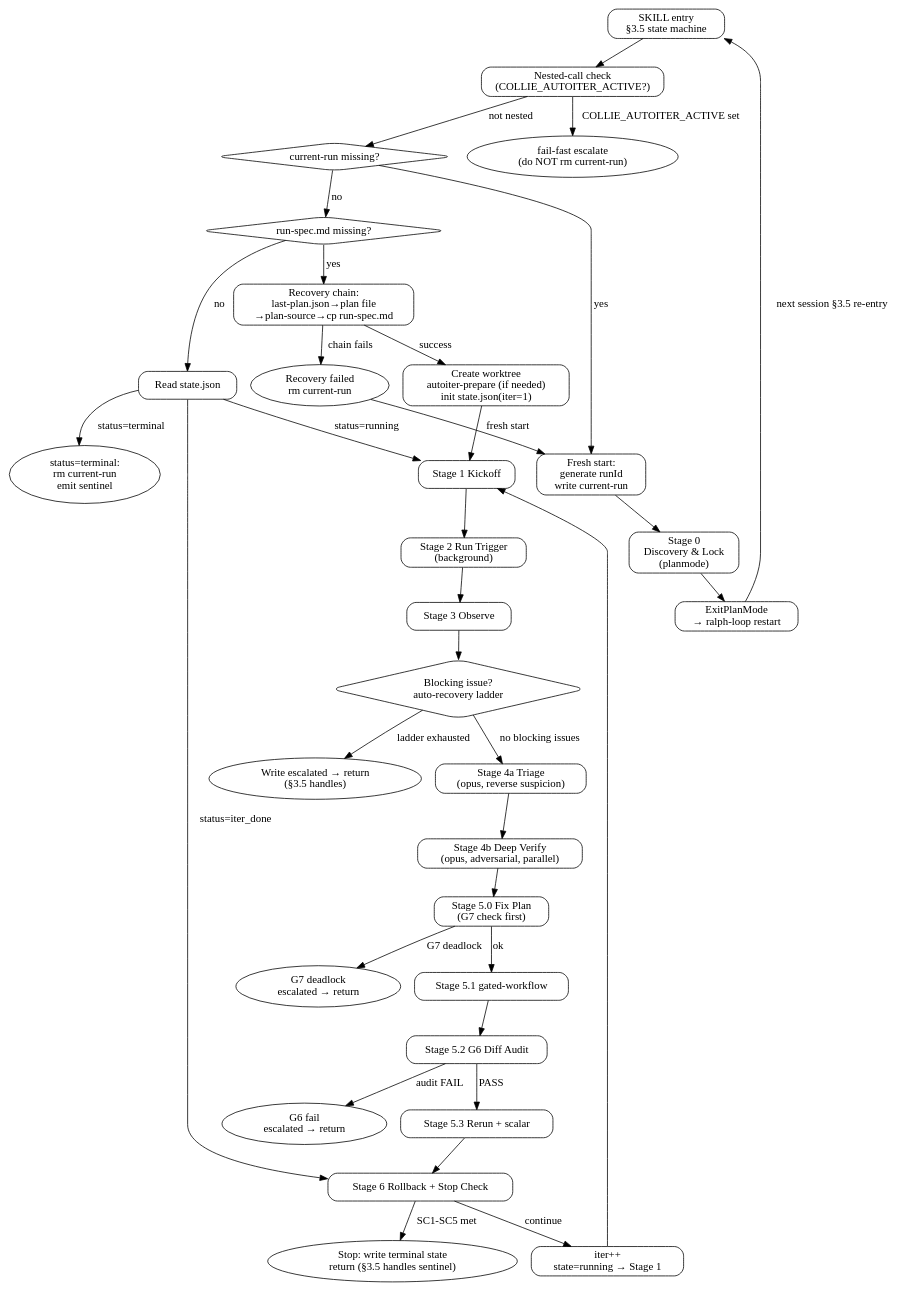
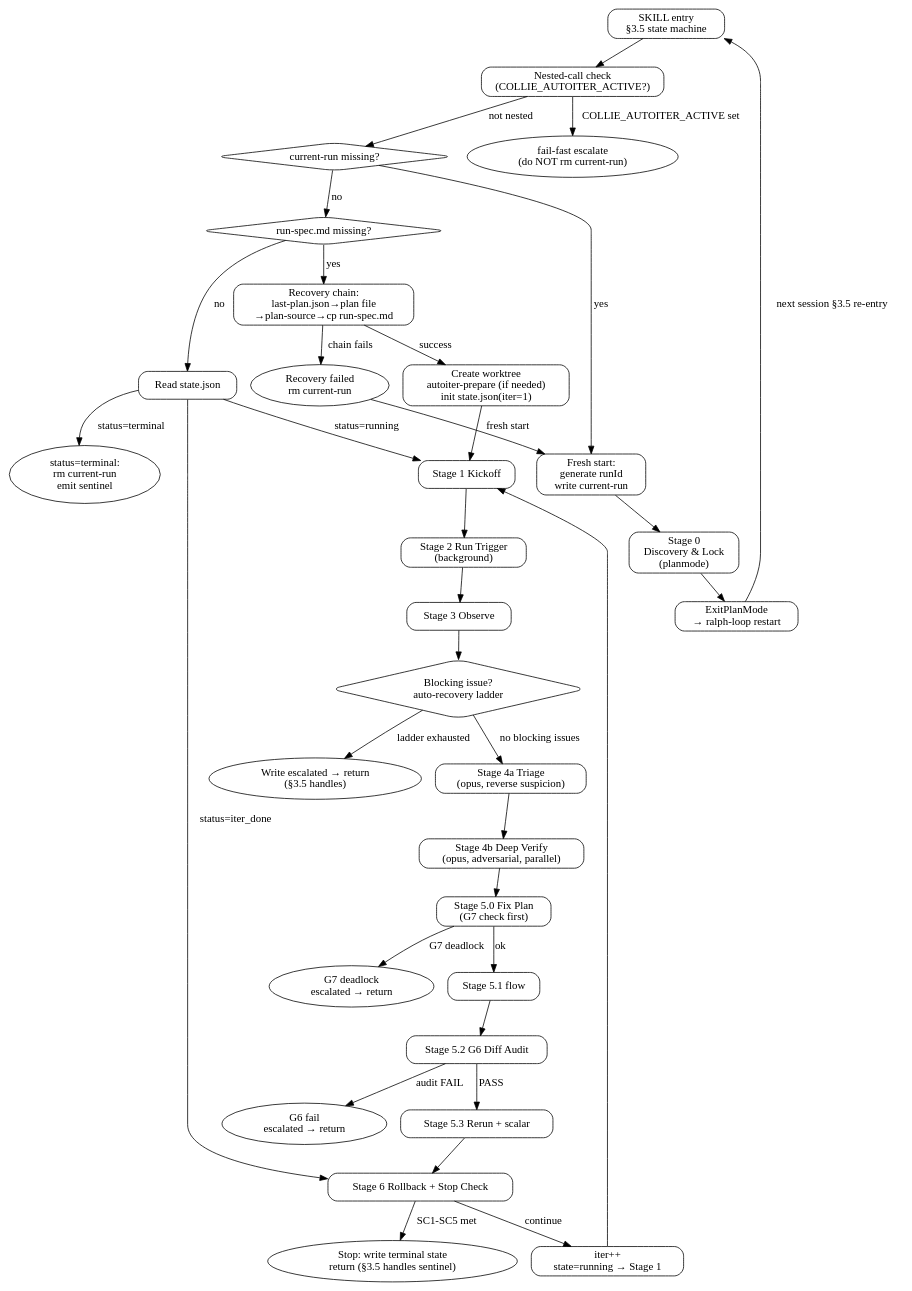
One commit to lkv1988/collie-harness changed the diagram in skills/autoiter/SKILL.md. Above: the diagram before and after it, drawn with Graphviz. The commit also changed other lines of this file and 29 other files, not shown here.

Commit message:
refactor: 品牌收尾 gated-workflow→flow / memory-palace→memory + README 重写

````diff
--- a/skills/autoiter/SKILL.md
+++ b/skills/autoiter/SKILL.md
@@ -22,69 +22,69 @@
 ```dot
 digraph autoiter {
   rankdir=TB;
   node [shape=box, style=rounded];
   entry [label="SKILL entry\n§3.5 state machine"];
   nested_check [label="Nested-call check\n(COLLIE_AUTOITER_ACTIVE?)"];
   fail_fast [label="fail-fast escalate\n(do NOT rm current-run)", shape=ellipse];
   no_current_run [label="current-run missing?", shape=diamond];
   fresh_start [label="Fresh start:\ngenerate runId\nwrite current-run"];
   stage0 [label="Stage 0\nDiscovery & Lock\n(planmode)"];
   ralph_restart [label="ExitPlanMode\n→ ralph-loop restart"];
   run_spec_missing [label="run-spec.md missing?", shape=diamond];
   recovery [label="Recovery chain:\nlast-plan.json→plan file\n→plan-source→cp run-spec.md"];
   recovery_fail [label="Recovery failed\nrm current-run", shape=ellipse];
   worktree_prepare [label="Create worktree\nautoiter-prepare (if needed)\ninit state.json(iter=1)"];
   read_state [label="Read state.json"];
   terminal [label="status=terminal:\nrm current-run\nemit sentinel", shape=ellipse];
   stage1 [label="Stage 1 Kickoff"];
   stage2 [label="Stage 2 Run Trigger\n(background)"];
   stage3 [label="Stage 3 Observe"];
   blocker [label="Blocking issue?\nauto-recovery ladder", shape=diamond];
   blocker_fail [label="Write escalated → return\n(§3.5 handles)", shape=ellipse];
   stage4a [label="Stage 4a Triage\n(opus, reverse suspicion)"];
   stage4b [label="Stage 4b Deep Verify\n(opus, adversarial, parallel)"];
   stage50 [label="Stage 5.0 Fix Plan\n(G7 check first)"];
   g7_fail [label="G7 deadlock\nescalated → return", shape=ellipse];
-  stage51 [label="Stage 5.1 gated-workflow"];
+  stage51 [label="Stage 5.1 flow"];
   stage52 [label="Stage 5.2 G6 Diff Audit"];
   g6_fail [label="G6 fail\nescalated → return", shape=ellipse];
   stage53 [label="Stage 5.3 Rerun + scalar"];
   stage6 [label="Stage 6 Rollback + Stop Check"];
   stop [label="Stop: write terminal state\nreturn (§3.5 handles sentinel)", shape=ellipse];
   next_iter [label="iter++\nstate=running → Stage 1"];
 
   entry -> nested_check;
   nested_check -> fail_fast [label="COLLIE_AUTOITER_ACTIVE set"];
   nested_check -> no_current_run [label="not nested"];
   no_current_run -> fresh_start [label="yes"];
   no_current_run -> run_spec_missing [label="no"];
   fresh_start -> stage0;
   stage0 -> ralph_restart;
   ralph_restart -> entry [label="next session §3.5 re-entry"];
   run_spec_missing -> recovery [label="yes"];
   recovery -> recovery_fail [label="chain fails"];
   recovery_fail -> fresh_start [label="fresh start"];
   recovery -> worktree_prepare [label="success"];
   worktree_prepare -> stage1;
   run_spec_missing -> read_state [label="no"];
   read_state -> stage1 [label="status=running"];
   read_state -> stage6 [label="status=iter_done"];
   read_state -> terminal [label="status=terminal"];
   stage1 -> stage2;
   stage2 -> stage3;
   stage3 -> blocker;
   blocker -> stage4a [label="no blocking issues"];
   blocker -> blocker_fail [label="ladder exhausted"];
   stage4a -> stage4b;
   stage4b -> stage50;
   stage50 -> g7_fail [label="G7 deadlock"];
   stage50 -> stage51 [label="ok"];
   stage51 -> stage52;
   stage52 -> g6_fail [label="audit FAIL"];
   stage52 -> stage53 [label="PASS"];
   stage53 -> stage6;
   stage6 -> stop [label="SC1-SC5 met"];
   stage6 -> next_iter [label="continue"];
   next_iter -> stage1;
 }
 ```
````
